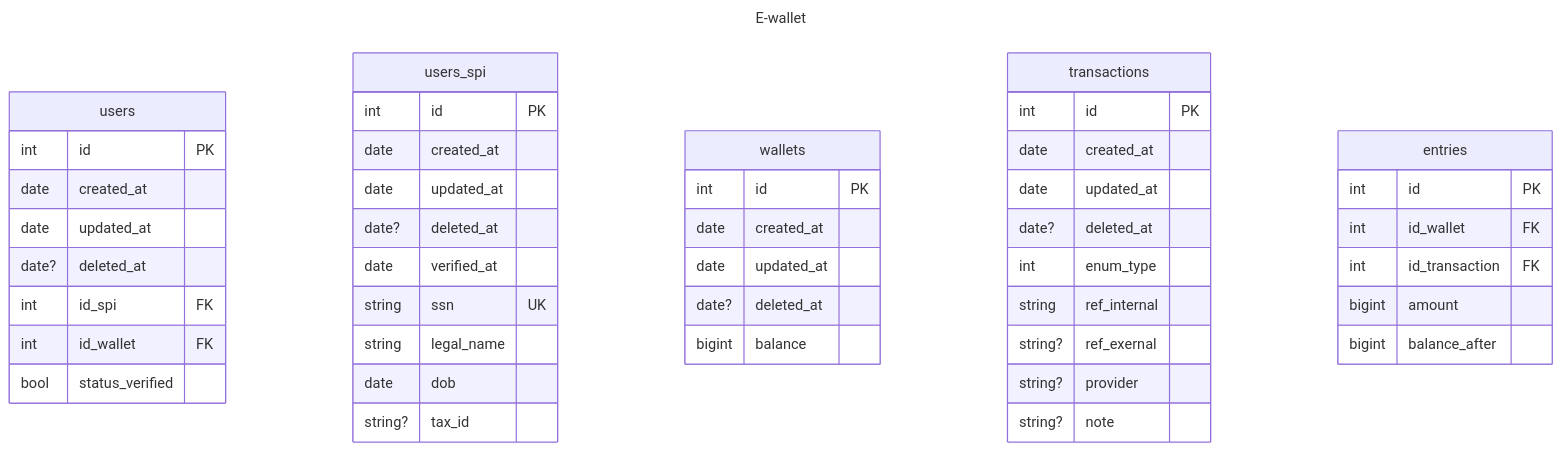
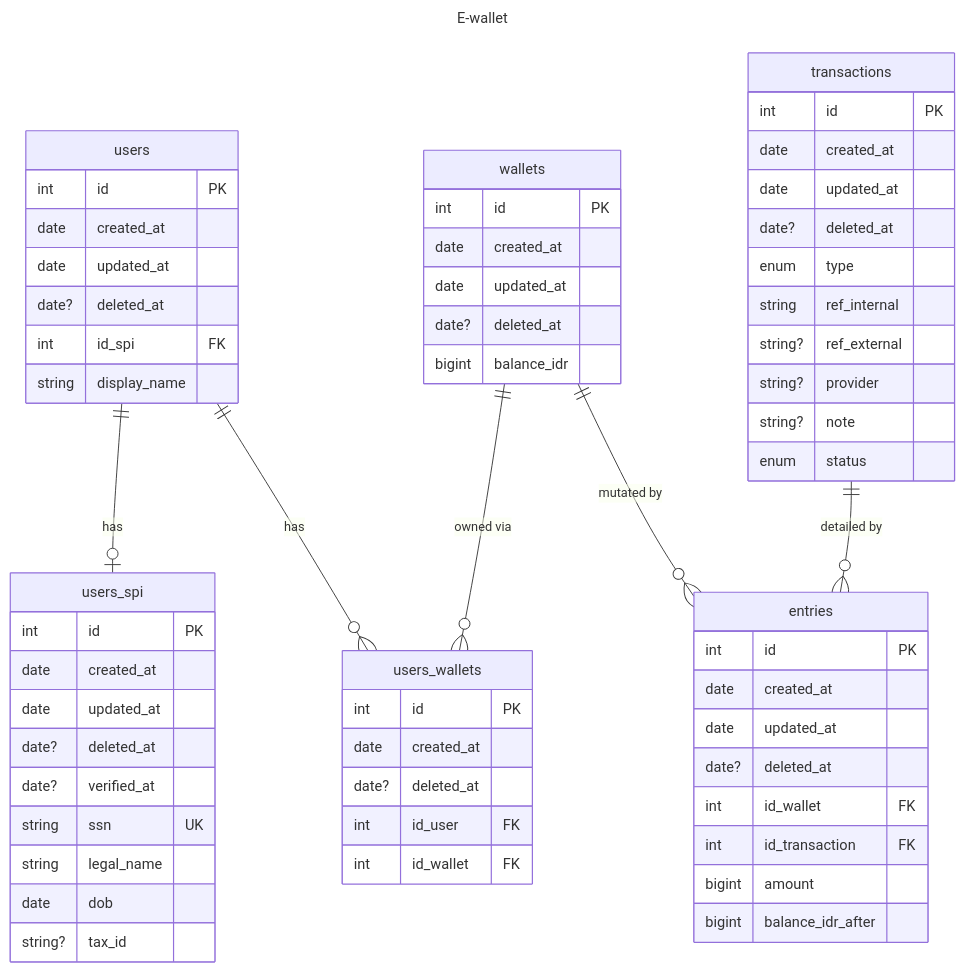
The diagram in README.md (ryansuhartanto/koda-b8-ewallet-cli), drawn with Mermaid before and after one commit.

Commit message:
feat: connect structure and fix data

````diff
--- a/README.md
+++ b/README.md
@@ -7,6 +7,14 @@
 title: E-wallet
 ---
 erDiagram
+
+users ||--O| users_spi : "has"
+
+users   ||--o{ users_wallets : "has"
+wallets ||--o{ users_wallets : "owned via"
+
+transactions ||--O{ entries : "detailed by"
+wallets      ||--O{ entries : "mutated by"
 
 users {
     int id PK
@@ -15,10 +23,9 @@
     date  updated_at
     date? deleted_at
 
-    int id_spi    FK
-    int id_wallet FK
+    int id_spi FK
 
-    bool status_verified
+    string display_name
 
 }
 
@@ -29,7 +36,7 @@
     date  updated_at
     date? deleted_at
 
-    date verified_at
+    date? verified_at
 
     string ssn        UK
     string legal_name
@@ -45,7 +52,17 @@
     date  updated_at
     date? deleted_at
 
-    bigint balance
+    bigint balance_idr
+}
+
+users_wallets {
+    int id PK
+
+    date  created_at
+    date? deleted_at
+
+    int id_user   FK
+    int id_wallet FK
 }
 
 transactions {
@@ -55,21 +72,27 @@
     date  updated_at
     date? deleted_at
 
-    int enum_type
+    enum type
 
     string  ref_internal
-    string? ref_exernal
+    string? ref_external
     string? provider
     string? note
+
+    enum status
 }
 
 entries {
     int id PK
 
+    date  created_at
+    date  updated_at
+    date? deleted_at
+
     int id_wallet      FK
     int id_transaction FK
 
     bigint amount
-    bigint balance_after
+    bigint balance_idr_after
 }
 ```
````
